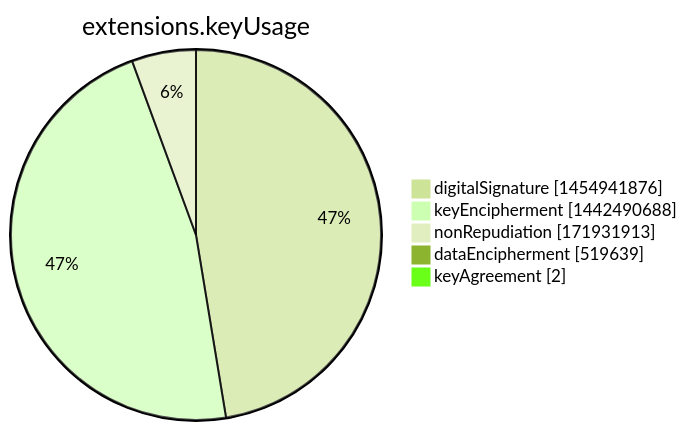
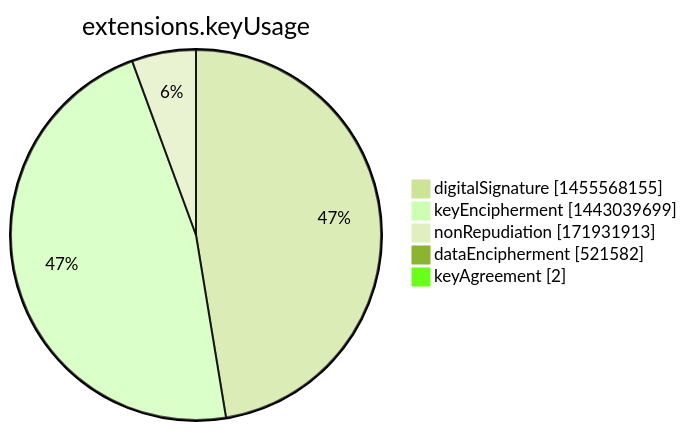
The seventh of 15 diagrams in argon2022/README.md (christiankrug/ctmonitor_visualization), drawn with Mermaid (forest theme) before and after one commit. The commit also changed other lines of this file, not shown here.

````diff
--- a/argon2022/README.md
+++ b/argon2022/README.md
@@ -2751,9 +2751,9 @@
 ```mermaid
 pie showData
 title extensions.keyUsage
-"digitalSignature" :1454941876
-"keyEncipherment" :1442490688
+"digitalSignature" :1455568155
+"keyEncipherment" :1443039699
 "nonRepudiation" :171931913
-"dataEncipherment" :519639
+"dataEncipherment" :521582
 "keyAgreement" :2
 ```
````
